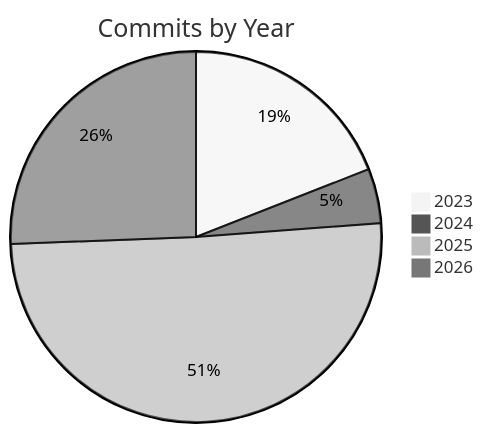
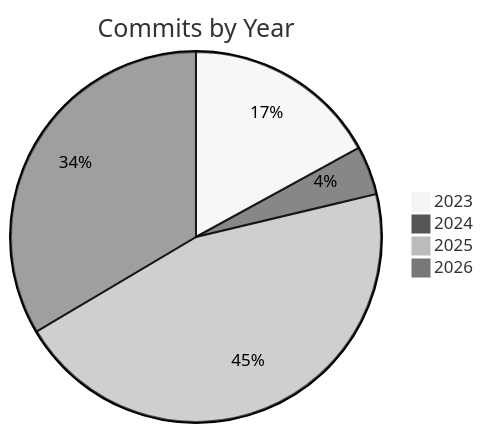
Before and after one commit to Wycott/WordWheelPlayer: the diagram in digest.md, drawn with Mermaid (neutral theme). The commit also changed other lines of this file, not shown here.

````diff
--- a/digest.md
+++ b/digest.md
@@ -46,7 +42,7 @@
 ```mermaid
 pie title Commits by Year
     "2023" : 32
     "2024" : 8
     "2025" : 85
-    "2026" : 43
+    "2026" : 63
 ```
````
